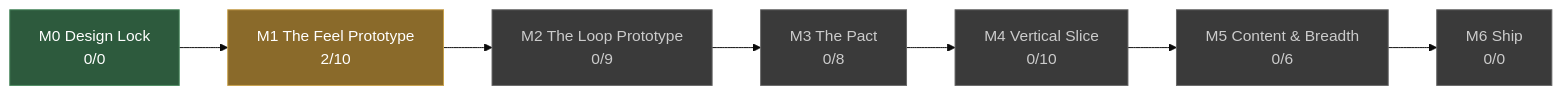
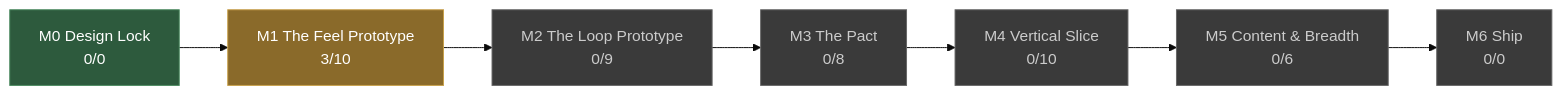
One commit to JoshuaGessner/she changed the diagram in docs/STATUS.md. Above: the diagram before and after it, drawn with Mermaid (base theme). The commit also changed other lines of this file and 5 other files, not shown here.

````diff
--- a/docs/STATUS.md
+++ b/docs/STATUS.md
@@ -13,19 +13,19 @@
 ```mermaid
 flowchart LR
   M0["M0 Design Lock<br/>0/0"]:::passed
-  M1["M1 The Feel Prototype<br/>2/10"]:::current
+  M1["M1 The Feel Prototype<br/>3/10"]:::current
   M0 --> M1
   M2["M2 The Loop Prototype<br/>0/9"]:::ahead
   M1 --> M2
   M3["M3 The Pact<br/>0/8"]:::ahead
   M2 --> M3
   M4["M4 Vertical Slice<br/>0/10"]:::ahead
   M3 --> M4
   M5["M5 Content & Breadth<br/>0/6"]:::ahead
   M4 --> M5
   M6["M6 Ship<br/>0/0"]:::ahead
   M5 --> M6
   classDef passed fill:#2d5a3d,stroke:#4a8a5f,color:#fff
   classDef current fill:#8a6a2a,stroke:#c8a04a,color:#fff
   classDef ahead fill:#3a3a3a,stroke:#666,color:#ccc
 ```
````
